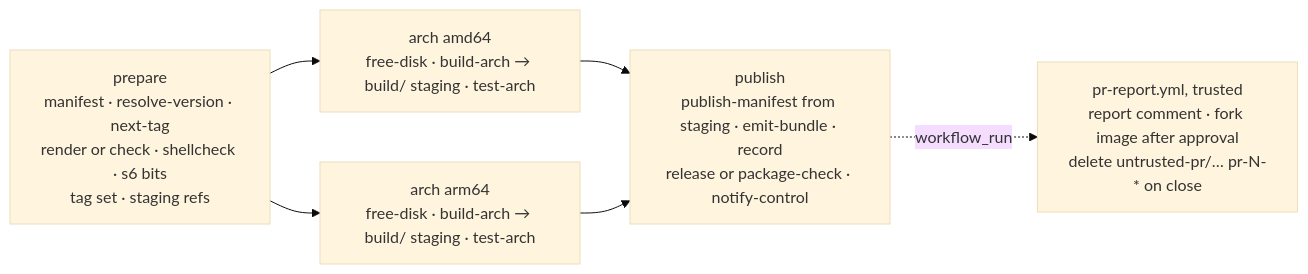
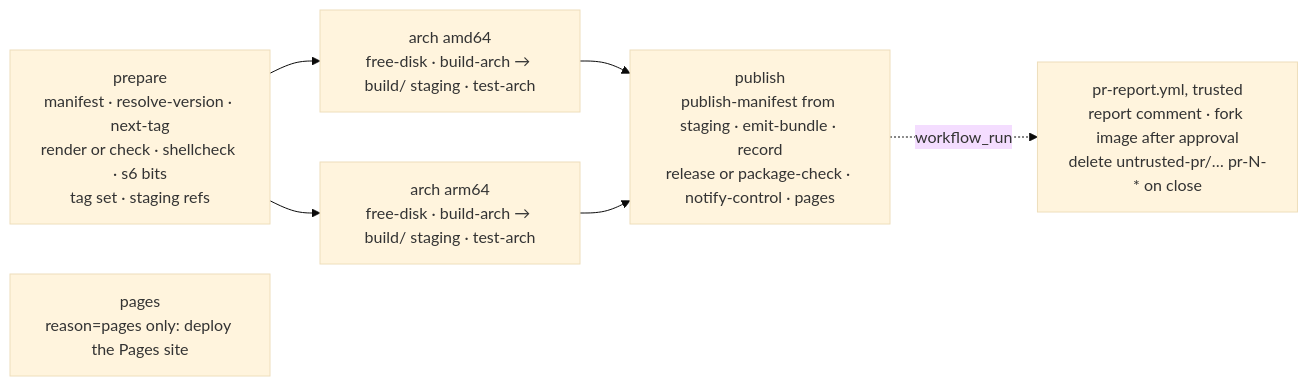
Before and after one commit to linuxserver-playground/workflows: the diagram in README.md, drawn with Mermaid (base theme). The commit also changed other lines of this file and 7 other files, not shown here.

Commit message:
Deploy each image repository's Pages site from its Releases after a live release and for reason pages

````diff
--- a/README.md
+++ b/README.md
@@ -31,8 +31,9 @@
 ```mermaid
 flowchart LR
   P[prepare<br/>manifest · resolve-version · next-tag<br/>render or check · shellcheck · s6 bits<br/>tag set · staging refs] --> A1[arch amd64<br/>free-disk · build-arch → build/ staging · test-arch]
   P --> A2[arch arm64<br/>free-disk · build-arch → build/ staging · test-arch]
-  A1 --> U[publish<br/>publish-manifest from staging · emit-bundle · record<br/>release or package-check · notify-control]
+  A1 --> U[publish<br/>publish-manifest from staging · emit-bundle · record<br/>release or package-check · notify-control · pages]
   A2 --> U
+  G[pages<br/>reason=pages only: deploy the Pages site]
   U -. workflow_run .-> R[pr-report.yml, trusted<br/>report comment · fork image after approval<br/>delete untrusted-pr/… pr-N-* on close]
 ```
````
